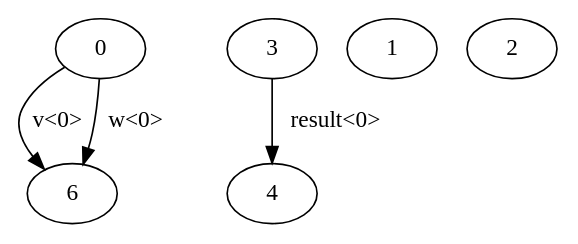
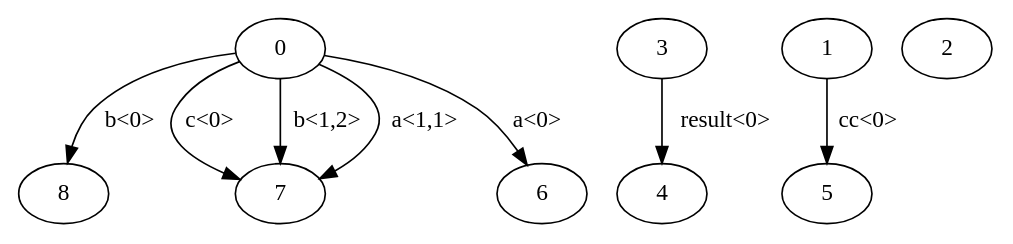
One commit to varivera/aliasing-java changed the diagram in AliasingImpl/source/test.dot. Above: the diagram before and after it, drawn with Graphviz. The commit also changed 8 other files, not shown here.

```diff
--- a/AliasingImpl/source/test.dot
+++ b/AliasingImpl/source/test.dot
@@ -1,11 +1,18 @@
 digraph G {
-n0->n6 [label="v<0>"]
-n0->n6 [label="w<0>"]
+n0->n8 [label="b<0>"]
+n0->n7 [label="c<0>"]
+n0->n7 [label="b<1,2>"]
+n0->n7 [label="a<1,1>"]
+n0->n6 [label="a<0>"]
 n0[label="0"]
 n6[label="6"]
+n7[label="7"]
+n8[label="8"]
 n3->n4 [label="result<0>"]
 n3[label="3"]
 n4[label="4"]
+n1->n5 [label="cc<0>"]
 n1[label="1"]
+n5[label="5"]
 n2[label="2"]
 }
```
